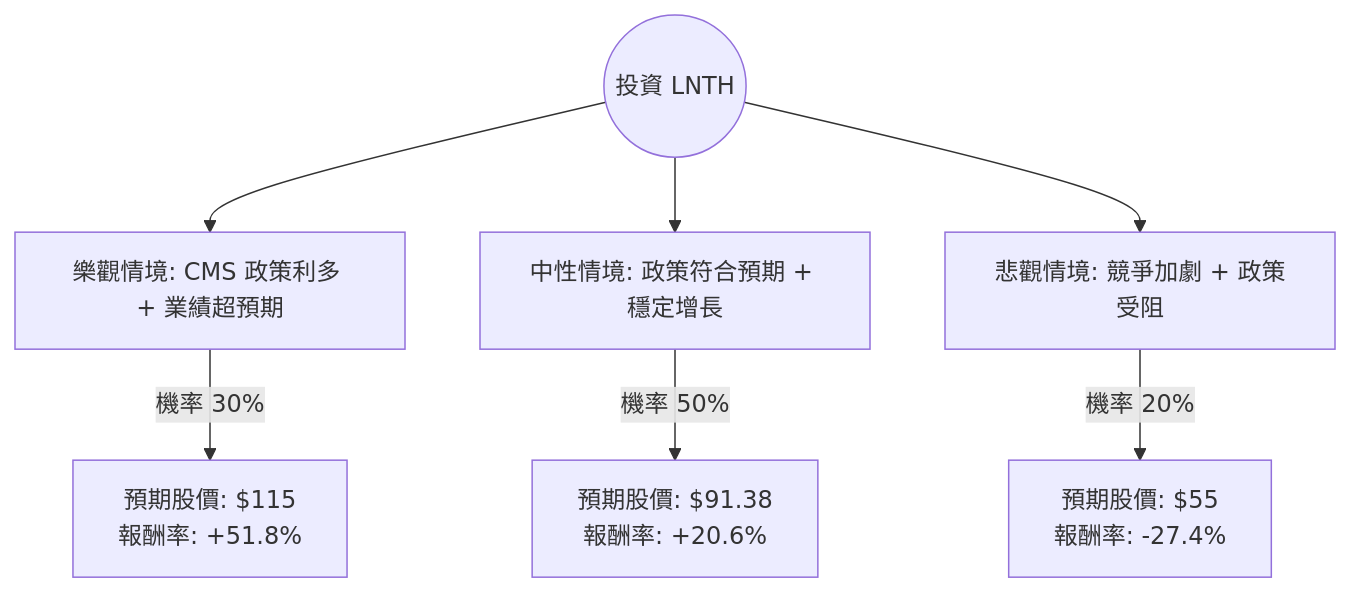
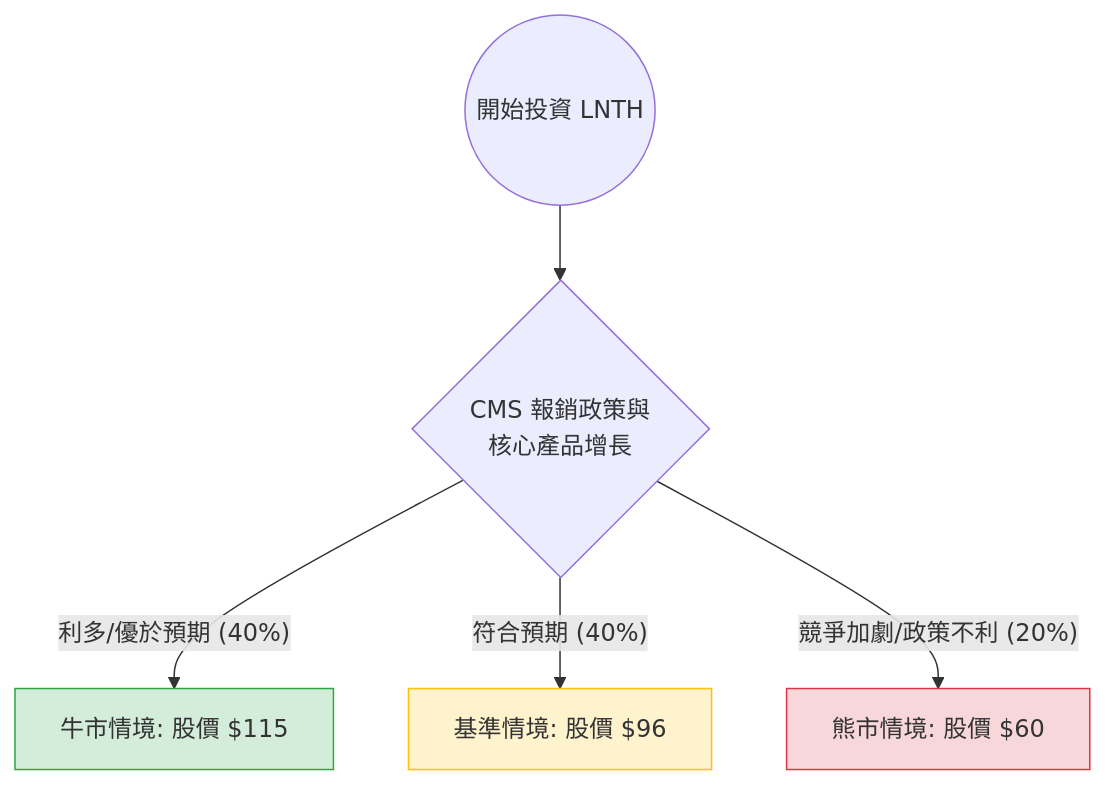
Before and after one commit to zmcx16/zmcx16.github.io: the diagram in plugin-react/ai-analysis/ev-analysis/LNTH.md, drawn with Mermaid. The commit also changed other lines of this file and 75 other files, not shown here.

````diff
--- a/plugin-react/ai-analysis/ev-analysis/LNTH.md
+++ b/plugin-react/ai-analysis/ev-analysis/LNTH.md
@@ -20,10 +20,12 @@
 ```mermaid
 graph TD
-    Start((投資 LNTH)) --> Bull[樂觀情境: CMS 政策利多 + 業績超預期]
-    Start --> Base[中性情境: 政策符合預期 + 穩定增長]
-    Start --> Bear[悲觀情境: 競爭加劇 + 政策受阻]
+    Start((開始投資 LNTH)) --> Node1{CMS 報銷政策與<br>核心產品增長}
+    
+    Node1 -- 利多/優於預期 (40%) --> Bull[牛市情境: 股價 $115]
+    Node1 -- 符合預期 (40%) --> Base[基準情境: 股價 $96]
+    Node1 -- 競爭加劇/政策不利 (20%) --> Bear[熊市情境: 股價 $60]
 
-    Bull -- "機率 30%" --> BullVal["預期股價: $115 <br> 報酬率: +51.8%"]
-    Base -- "機率 50%" --> BaseVal["預期股價: $91.38 <br> 報酬率: +20.6%"]
-    Bear -- "機率 20%" --> BearVal["預期股價: $55 <br> 報酬率: -27.4%"]
+    style Bull fill:#d4edda,stroke:#28a745
+    style Base fill:#fff3cd,stroke:#ffc107
+    style Bear fill:#f8d7da,stroke:#dc3545
 ```
````
